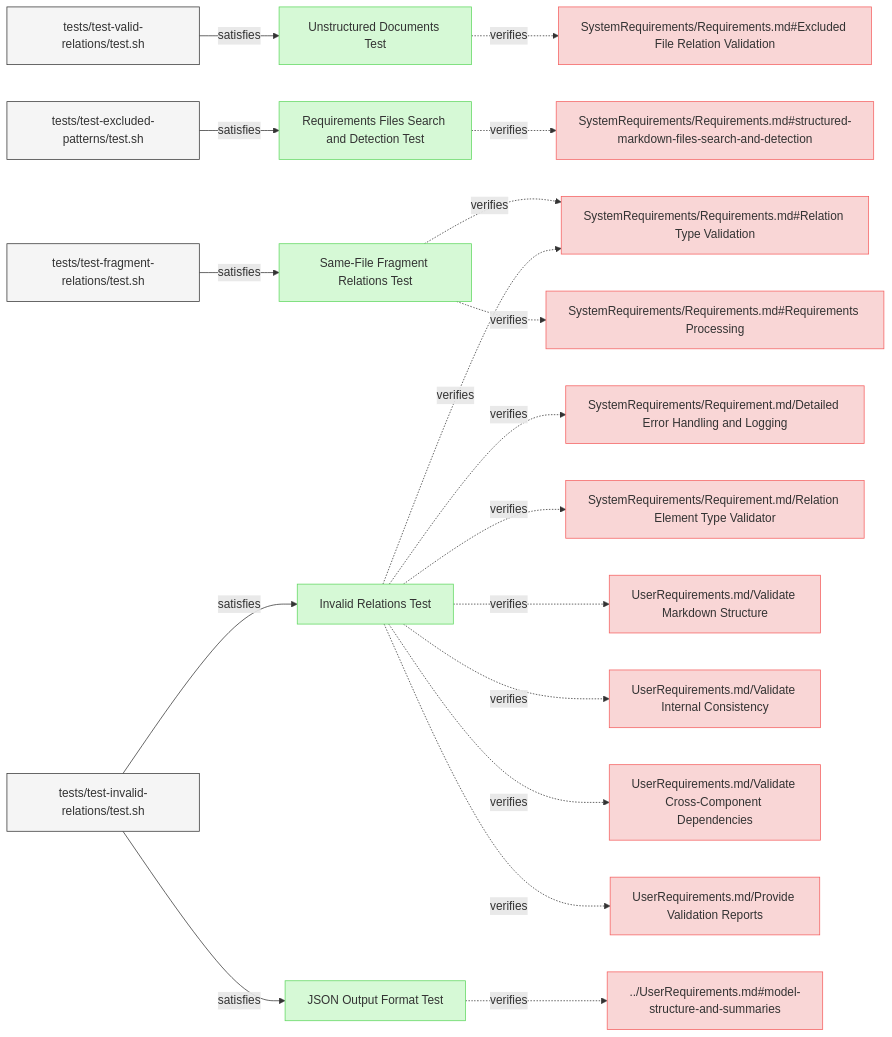
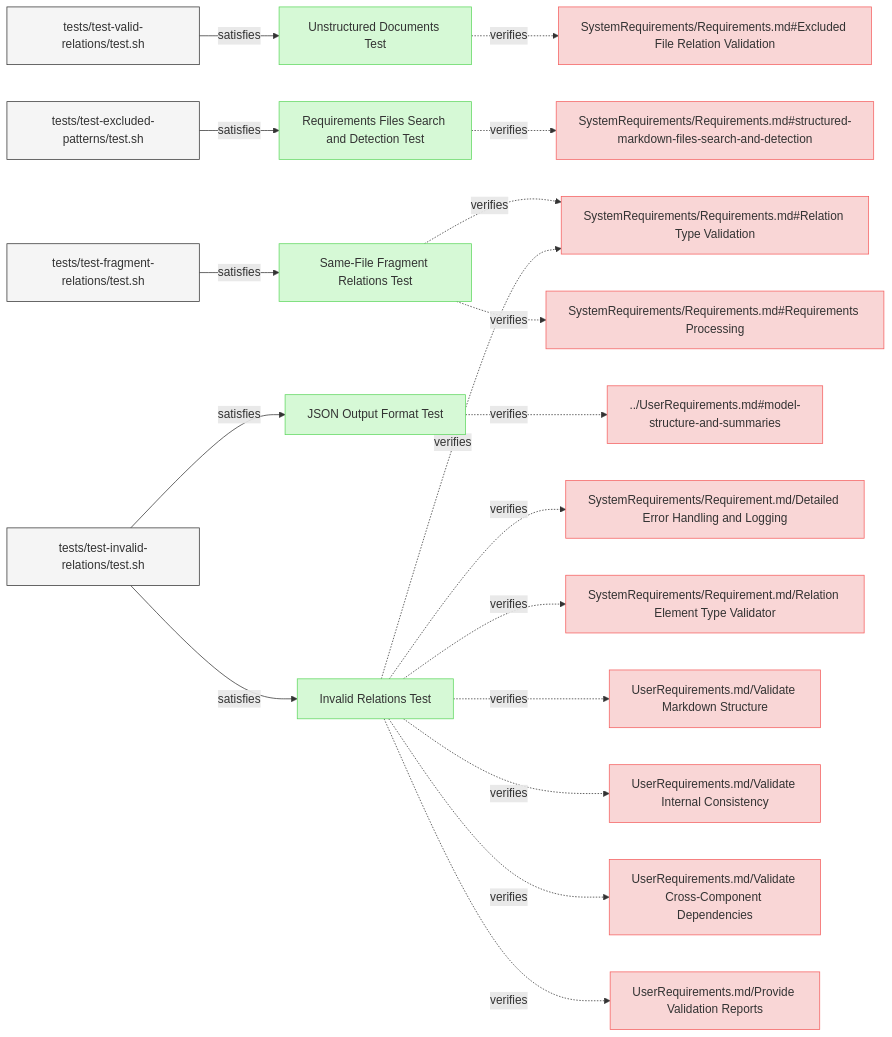
The first of 2 diagrams in specifications/Verifications/ValidationTests.md (reqvire-org/reqvire), drawn with Mermaid before and after one commit. The commit also changed 44 other files, not shown here.

Commit message:
Diagrams bug fixes. Test improvements.

````diff
--- a/specifications/Verifications/ValidationTests.md
+++ b/specifications/Verifications/ValidationTests.md
@@ -12,80 +12,83 @@
   classDef default fill:#f5f5f5,stroke:#333333,stroke-width:1px;
 
   526fb26c223ad188["Unstructured Documents Test"];
-  click 526fb26c223ad188 "specifications/Verifications/ValidationTests.md#unstructured-documents-test#unstructured-documents-test";
   class 526fb26c223ad188 verification;
+  click 526fb26c223ad188 "ValidationTests.md#unstructured-documents-test";
   929c6c204cb3fedb["SystemRequirements/Requirements.md#Excluded File Relation Validation"];
   class 929c6c204cb3fedb requirement;
-  click 929c6c204cb3fedb "specifications/SystemRequirements/Requirements.md#excluded-file-relation-validation#excluded-file-relation-validation";
+  click 929c6c204cb3fedb "../SystemRequirements/Requirements.md#excluded-file-relation-validation";
   526fb26c223ad188 -.->|verifies| 929c6c204cb3fedb;
   b91bd280b4e9971["tests/test-valid-relations/test.sh"];
   class b91bd280b4e9971 default;
-  click b91bd280b4e9971 "tests/test-valid-relations/test.sh";
+  click b91bd280b4e9971 "../../tests/test-valid-relations/test.sh";
   b91bd280b4e9971 -->|satisfies| 526fb26c223ad188;
   184bc01c18f5506f["Requirements Files Search and Detection Test"];
-  click 184bc01c18f5506f "specifications/Verifications/ValidationTests.md#requirements-files-search-and-detection-test#requirements-files-search-and-detection-test";
   class 184bc01c18f5506f verification;
+  click 184bc01c18f5506f "ValidationTests.md#requirements-files-search-and-detection-test";
   66582f9b6bdde6c4["SystemRequirements/Requirements.md#structured-markdown-files-search-and-detection"];
   class 66582f9b6bdde6c4 requirement;
-  click 66582f9b6bdde6c4 "specifications/SystemRequirements/Requirements.md#structured-markdown-files-search-and-detection#structured-markdown-files-search-and-detection";
+  click 66582f9b6bdde6c4 "../SystemRequirements/Requirements.md#structured-markdown-files-search-and-detection";
   184bc01c18f5506f -.->|verifies| 66582f9b6bdde6c4;
   a29e69e90fa71f39["tests/test-excluded-patterns/test.sh"];
   class a29e69e90fa71f39 default;
-  click a29e69e90fa71f39 "tests/test-excluded-patterns/test.sh";
+  click a29e69e90fa71f39 "../../tests/test-excluded-patterns/test.sh";
   a29e69e90fa71f39 -->|satisfies| 184bc01c18f5506f;
   6ca2ff1567644e78["Same-File Fragment Relations Test"];
-  click 6ca2ff1567644e78 "specifications/Verifications/ValidationTests.md#same-file-fragment-relations-test#same-file-fragment-relations-test";
   class 6ca2ff1567644e78 verification;
+  click 6ca2ff1567644e78 "ValidationTests.md#same-file-fragment-relations-test";
   db64a3e25646a37f["SystemRequirements/Requirements.md#Relation Type Validation"];
   class db64a3e25646a37f requirement;
-  click db64a3e25646a37f "specifications/SystemRequirements/Requirements.md#relation-type-validation#relation-type-validation";
+  click db64a3e25646a37f "../SystemRequirements/Requirements.md#relation-type-validation";
   6ca2ff1567644e78 -.->|verifies| db64a3e25646a37f;
   bed8d0948b3e5ccd["SystemRequirements/Requirements.md#Requirements Processing"];
   class bed8d0948b3e5ccd requirement;
-  click bed8d0948b3e5ccd "specifications/SystemRequirements/Requirements.md#requirements-processing#requirements-processing";
+  click bed8d0948b3e5ccd "../SystemRequirements/Requirements.md#requirements-processing";
   6ca2ff1567644e78 -.->|verifies| bed8d0948b3e5ccd;
   789c690d63402d63["tests/test-fragment-relations/test.sh"];
   class 789c690d63402d63 default;
-  click 789c690d63402d63 "tests/test-fragment-relations/test.sh";
+  click 789c690d63402d63 "../../tests/test-fragment-relations/test.sh";
   789c690d63402d63 -->|satisfies| 6ca2ff1567644e78;
+  9a53e9c00918fd02["JSON Output Format Test"];
+  class 9a53e9c00918fd02 verification;
+  click 9a53e9c00918fd02 "ValidationTests.md#json-output-format-test";
+  ad6f7a2d41d80a38["../UserRequirements.md#model-structure-and-summaries"];
+  class ad6f7a2d41d80a38 requirement;
+  click ad6f7a2d41d80a38 "../UserRequirements.md#model-structure-and-summaries";
+  9a53e9c00918fd02 -.->|verifies| ad6f7a2d41d80a38;
+  8b8c9b79dcbe085e["tests/test-invalid-relations/test.sh"];
+  class 8b8c9b79dcbe085e default;
+  click 8b8c9b79dcbe085e "../../tests/test-invalid-relations/test.sh";
+  8b8c9b79dcbe085e -->|satisfies| 9a53e9c00918fd02;
   e37dc7f46d75d46["Invalid Relations Test"];
-  click e37dc7f46d75d46 "specifications/Verifications/ValidationTests.md#invalid-relations-test#invalid-relations-test";
   class e37dc7f46d75d46 verification;
+  click e37dc7f46d75d46 "ValidationTests.md#invalid-relations-test";
   4ecd49d71920c1fc["SystemRequirements/Requirement.md/Detailed Error Handling and Logging"];
   class 4ecd49d71920c1fc requirement;
-  click 4ecd49d71920c1fc "specifications/SystemRequirements/Requirements.md#detailed-error-handling-and-logging#detailed-error-handling-and-logging";
+  click 4ecd49d71920c1fc "../SystemRequirements/Requirements.md#detailed-error-handling-and-logging";
   e37dc7f46d75d46 -.->|verifies| 4ecd49d71920c1fc;
   e37dc7f46d75d46 -.->|verifies| db64a3e25646a37f;
   dc7a9bb1bbebc57f["SystemRequirements/Requirement.md/Relation Element Type Validator"];
   class dc7a9bb1bbebc57f requirement;
-  click dc7a9bb1bbebc57f "specifications/SystemRequirements/Requirements.md#relation-element-type-validator#relation-element-type-validator";
+  click dc7a9bb1bbebc57f "../SystemRequirements/Requirements.md#relation-element-type-validator";
   e37dc7f46d75d46 -.->|verifies| dc7a9bb1bbebc57f;
   586b073cd97908da["UserRequirements.md/Validate Markdown Structure"];
   class 586b073cd97908da requirement;
-  click 586b073cd97908da "specifications/UserRequirements.md#validate-markdown-structure#validate-markdown-structure";
+  click 586b073cd97908da "../UserRequirements.md#validate-markdown-structure";
   e37dc7f46d75d46 -.->|verifies| 586b073cd97908da;
   c50887ce89be280a["UserRequirements.md/Validate Internal Consistency"];
   class c50887ce89be280a requirement;
-  click c50887ce89be280a "specifications/UserRequirements.md#validate-internal-consistency#validate-internal-consistency";
+  click c50887ce89be280a "../UserRequirements.md#validate-internal-consistency";
   e37dc7f46d75d46 -.->|verifies| c50887ce89be280a;
   3bd9d29239564eeb["UserRequirements.md/Validate Cross-Component Dependencies"];
   class 3bd9d29239564eeb requirement;
-  click 3bd9d29239564eeb "specifications/UserRequirements.md#validate-cross-component-dependencies#validate-cross-component-dependencies";
+  click 3bd9d29239564eeb "../UserRequirements.md#validate-cross-component-dependencies";
   e37dc7f46d75d46 -.->|verifies| 3bd9d29239564eeb;
   ed31b6bed1cde2f8["UserRequirements.md/Provide Validation Reports"];
   class ed31b6bed1cde2f8 requirement;
-  click ed31b6bed1cde2f8 "specifications/UserRequirements.md#provide-validation-reports#provide-validation-reports";
+  click ed31b6bed1cde2f8 "../UserRequirements.md#provide-validation-reports";
   e37dc7f46d75d46 -.->|verifies| ed31b6bed1cde2f8;
   8b8c9b79dcbe085e["tests/test-invalid-relations/test.sh"];
   class 8b8c9b79dcbe085e default;
-  click 8b8c9b79dcbe085e "tests/test-invalid-relations/test.sh";
+  click 8b8c9b79dcbe085e "../../tests/test-invalid-relations/test.sh";
   8b8c9b79dcbe085e -->|satisfies| e37dc7f46d75d46;
-  9a53e9c00918fd02["JSON Output Format Test"];
-  click 9a53e9c00918fd02 "specifications/Verifications/ValidationTests.md#json-output-format-test#json-output-format-test";
-  class 9a53e9c00918fd02 verification;
-  ad6f7a2d41d80a38["../UserRequirements.md#model-structure-and-summaries"];
-  class ad6f7a2d41d80a38 requirement;
-  click ad6f7a2d41d80a38 "specifications/UserRequirements.md#model-structure-and-summaries#model-structure-and-summaries";
-  9a53e9c00918fd02 -.->|verifies| ad6f7a2d41d80a38;
-  8b8c9b79dcbe085e -->|satisfies| 9a53e9c00918fd02;
 ```
````
